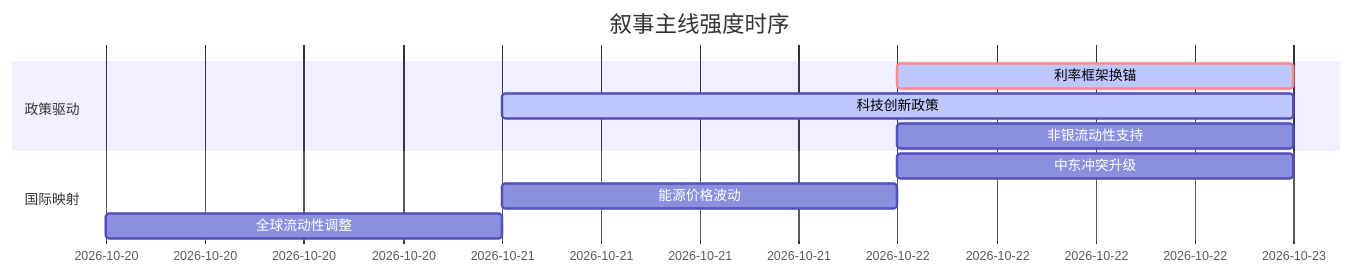
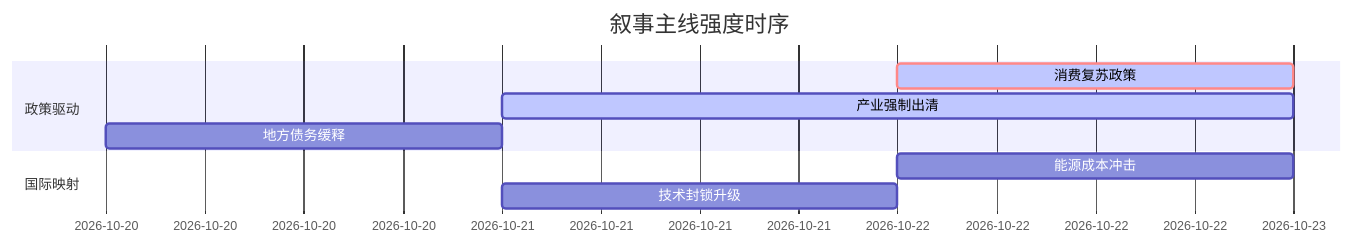
The diagram in 5day_report.md (uu5zn/uu5zn.github.io), drawn with Mermaid before and after one commit. The commit also changed other lines of this file and 23 other files, not shown here.

````diff
--- a/5day_report.md
+++ b/5day_report.md
@@ -56,14 +43,13 @@
 ```mermaid
 gantt
     title 叙事主线强度时序
     dateFormat  YYYY-MM-DD
     section 政策驱动
-    利率框架换锚  :crit, active, 2026-10-22, 1d
-    科技创新政策   :active, 2026-10-21, 2d
-    非银流动性支持 :2026-10-22, 1d
+    消费复苏政策   :crit, active, 2026-10-22, 1d
+    产业强制出清   :active, 2026-10-21, 2d
+    地方债务缓释   :2026-10-20, 1d
     
     section 国际映射
-    中东冲突升级   :2026-10-22, 1d
-    能源价格波动   :2026-10-21, 1d
-    全球流动性调整 :2026-10-20, 1d
+    能源成本冲击   :2026-10-22, 1d
+    技术封锁升级   :2026-10-21, 1d
 ```
````
